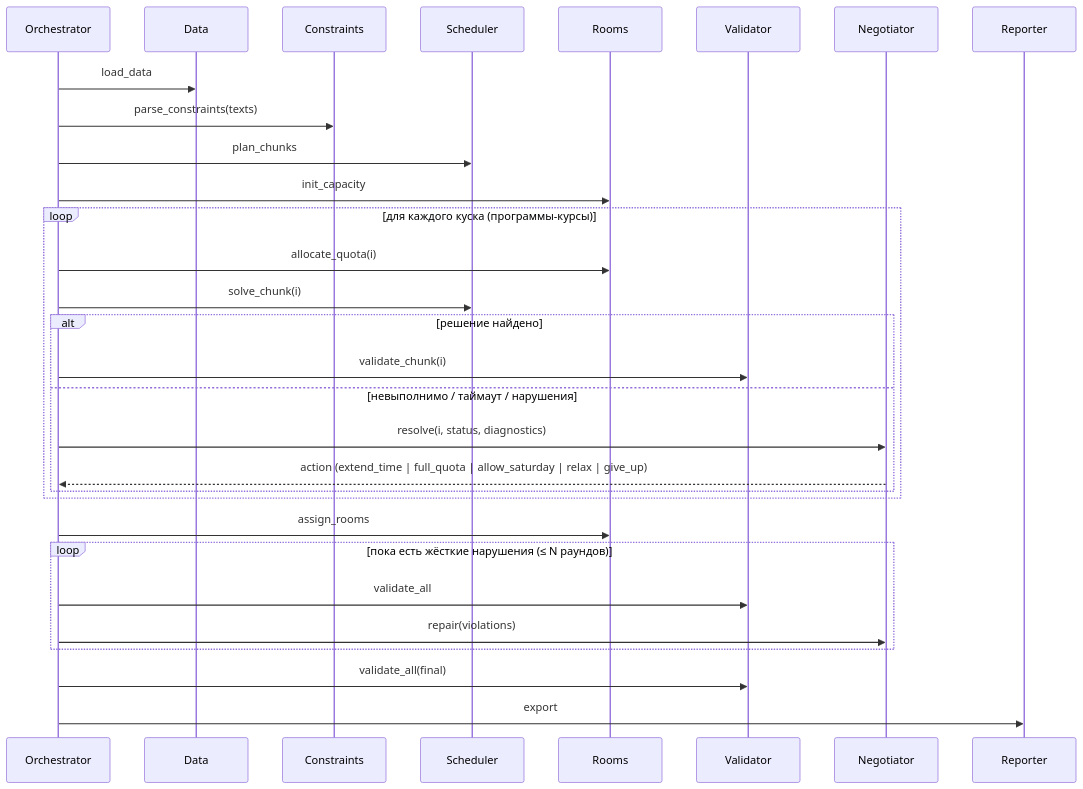
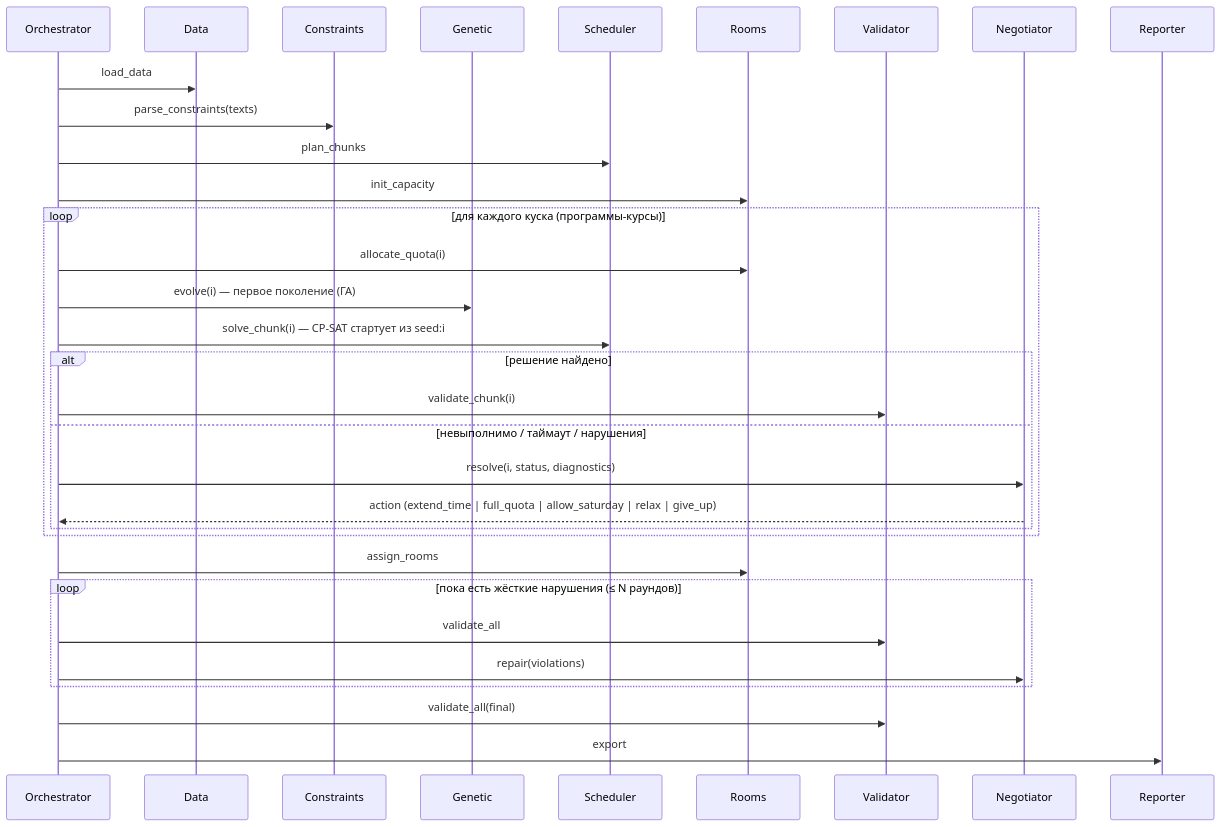
The second of 4 diagrams in docs/ARCHITECTURE.md (Almasmm/multi-agent-timetable), drawn with Mermaid before and after one commit. The commit also changed other lines of this file and 38 other files, not shown here.

````diff
--- a/docs/ARCHITECTURE.md
+++ b/docs/ARCHITECTURE.md
@@ -53,32 +55,34 @@
 ```mermaid
 sequenceDiagram
     participant O as Orchestrator
     participant D as Data
     participant C as Constraints
+    participant G as Genetic
     participant S as Scheduler
     participant R as Rooms
     participant V as Validator
     participant N as Negotiator
     participant P as Reporter
     O->>D: load_data
     O->>C: parse_constraints(texts)
     O->>S: plan_chunks
     O->>R: init_capacity
     loop для каждого куска (программы-курсы)
         O->>R: allocate_quota(i)
-        O->>S: solve_chunk(i)
+        O->>G: evolve(i) — первое поколение (ГА)
+        O->>S: solve_chunk(i) — CP-SAT стартует из seed:i
         alt решение найдено
             O->>V: validate_chunk(i)
         else невыполнимо / таймаут / нарушения
             O->>N: resolve(i, status, diagnostics)
             N-->>O: action (extend_time | full_quota | allow_saturday | relax | give_up)
         end
     end
     O->>R: assign_rooms
     loop пока есть жёсткие нарушения (≤ N раундов)
         O->>V: validate_all
         O->>N: repair(violations)
     end
     O->>V: validate_all(final)
     O->>P: export
 ```
````
